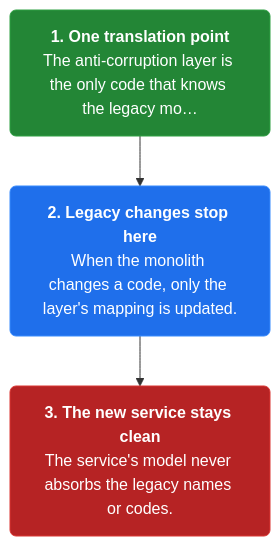
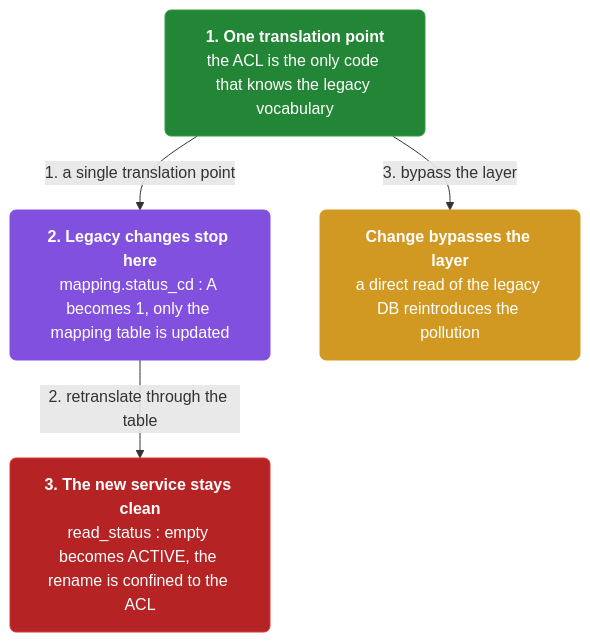
The third of 3 diagrams in docs/ch43-anti-corruption-layer.md (vinayakuber/microservices-io-study-guide), drawn with Mermaid before and after one commit. The commit also changed other lines of this file and 46 other files, not shown here.

First line of the commit message:
Author rich branching flow diagrams for all 44 chapters

````diff
--- a/docs/ch43-anti-corruption-layer.md
+++ b/docs/ch43-anti-corruption-layer.md
@@ -91,11 +104,15 @@
 ```mermaid
 flowchart TD
-  classDef step fill:#1f6feb,color:#ffffff,stroke:#388bfd,stroke-width:1px,rx:6
+  classDef step fill:#1f6feb,color:#ffffff,stroke:#388bfd,rx:6
+  classDef core fill:#8250df,color:#ffffff,stroke:#8250df,rx:6
+  classDef warn fill:#d29922,color:#ffffff,stroke:#d29922,rx:6
   classDef start fill:#238636,color:#ffffff,stroke:#2ea043,rx:6
   classDef stop fill:#b62324,color:#ffffff,stroke:#da3633,rx:6
-  s2n0["<b>1. One translation point</b><br/>The anti-corruption layer is the only code that knows the legacy mo…"]:::start
-  s2n1["<b>2. Legacy changes stop here</b><br/>When the monolith changes a code, only the layer's mapping is updated."]:::step
-  s2n2["<b>3. The new service stays clean</b><br/>The service's model never absorbs the legacy names or codes."]:::stop
-  s2n0 --> s2n1
-  s2n1 --> s2n2
+  n0["<b>1. One translation point</b><br/>the ACL is the only code that knows the legacy vocabulary"]:::start
+  n1["<b>2. Legacy changes stop here</b><br/>mapping.status_cd : A becomes 1, only the mapping table is updated"]:::core
+  n2["<b>3. The new service stays clean</b><br/>read_status : empty becomes ACTIVE, the rename is confined to the ACL"]:::stop
+  n3["<b>Change bypasses the layer</b><br/>a direct read of the legacy DB reintroduces the pollution"]:::warn
+  n0 -->|"1. a single translation point"| n1
+  n1 -->|"2. retranslate through the table"| n2
+  n0 -->|"3. bypass the layer"| n3
 ```
````
